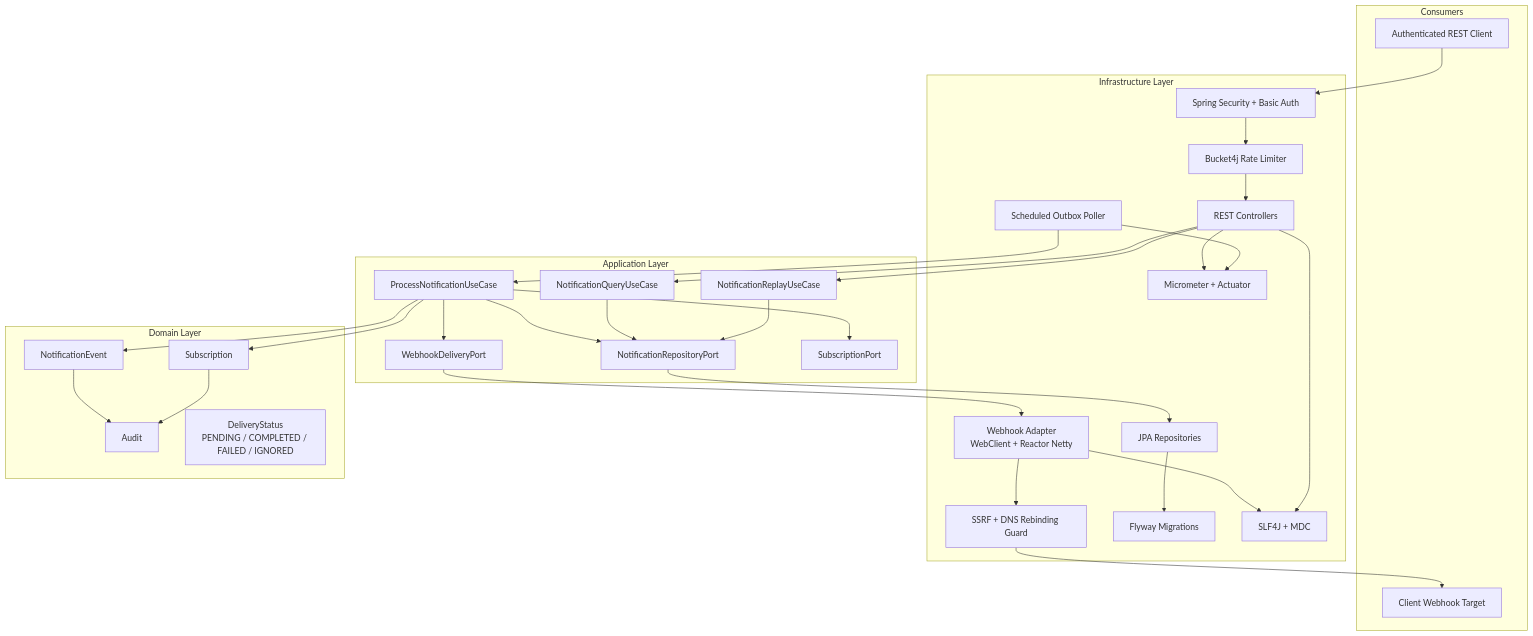
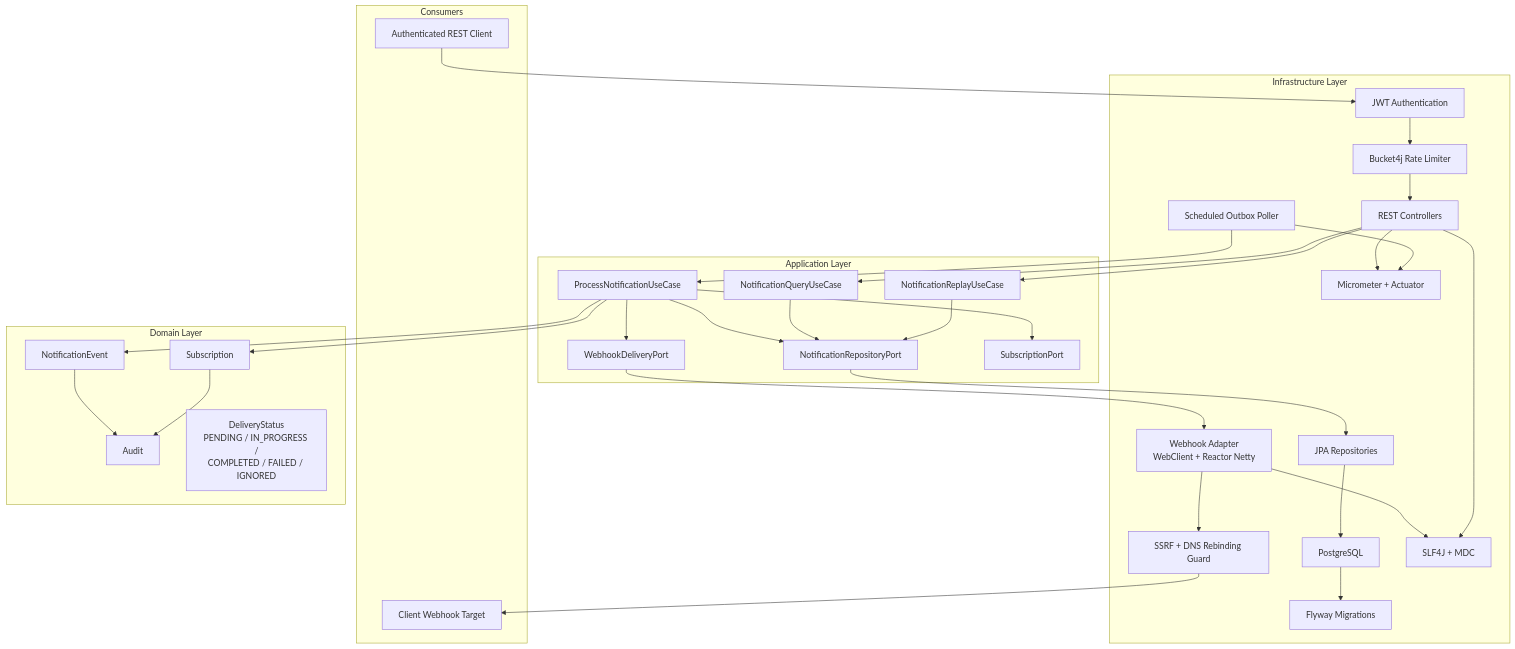
The first of 2 diagrams in README.md (EdisonGonzalez/delivery-event-notifications-solution), drawn with Mermaid before and after one commit. The commit also changed other lines of this file, not shown here.

Commit message:
ticket-X - update diagrams

````diff
--- a/README.md
+++ b/README.md
@@ -32,60 +32,62 @@
 ```mermaid
 flowchart TB
 	subgraph Clients[Consumers]
 		RESTClient[Authenticated REST Client]
 		TargetWebhook[Client Webhook Target]
 	end
 
 	subgraph Infra[Infrastructure Layer]
-		Security[Spring Security + Basic Auth]
+		Security[JWT Authentication]
 		RateLimit[Bucket4j Rate Limiter]
 		RESTAPI[REST Controllers]
 		Scheduler[Scheduled Outbox Poller]
 		WebClientAdapter[Webhook Adapter\nWebClient + Reactor Netty]
 		SSRF[SSRF + DNS Rebinding Guard]
 		JPA[JPA Repositories]
+		Database[PostgreSQL]
 		Flyway[Flyway Migrations]
 		Metrics[Micrometer + Actuator]
 		Logging[SLF4J + MDC]
 	end
 
 	subgraph App[Application Layer]
 		QueryUC[NotificationQueryUseCase]
 		ReplayUC[NotificationReplayUseCase]
 		ProcessUC[ProcessNotificationUseCase]
 		DeliverPort[WebhookDeliveryPort]
 		RepositoryPort[NotificationRepositoryPort]
 		SubscriptionPort[SubscriptionPort]
 	end
 
 	subgraph Domain[Domain Layer]
 		NotificationEvent[NotificationEvent]
 		Subscription[Subscription]
 		Audit[Audit]
-		Status[DeliveryStatus\nPENDING / COMPLETED / FAILED / IGNORED]
+		Status[DeliveryStatus\nPENDING / IN_PROGRESS /\nCOMPLETED / FAILED / IGNORED]
 	end
 
 	RESTClient --> Security --> RateLimit --> RESTAPI
 	RESTAPI --> QueryUC
 	RESTAPI --> ReplayUC
 	Scheduler --> ProcessUC
 	ProcessUC --> SubscriptionPort
 	ProcessUC --> RepositoryPort
 	ProcessUC --> DeliverPort
 	QueryUC --> RepositoryPort
 	ReplayUC --> RepositoryPort
 
 	ProcessUC --> NotificationEvent
 	ProcessUC --> Subscription
 	NotificationEvent --> Audit
 	Subscription --> Audit
 
 	DeliverPort --> WebClientAdapter --> SSRF --> TargetWebhook
 	RepositoryPort --> JPA
-	JPA --> Flyway
+	JPA --> Database
+	Database --> Flyway
 
 	RESTAPI --> Metrics
 	Scheduler --> Metrics
 	WebClientAdapter --> Logging
 	RESTAPI --> Logging
 ```
````
